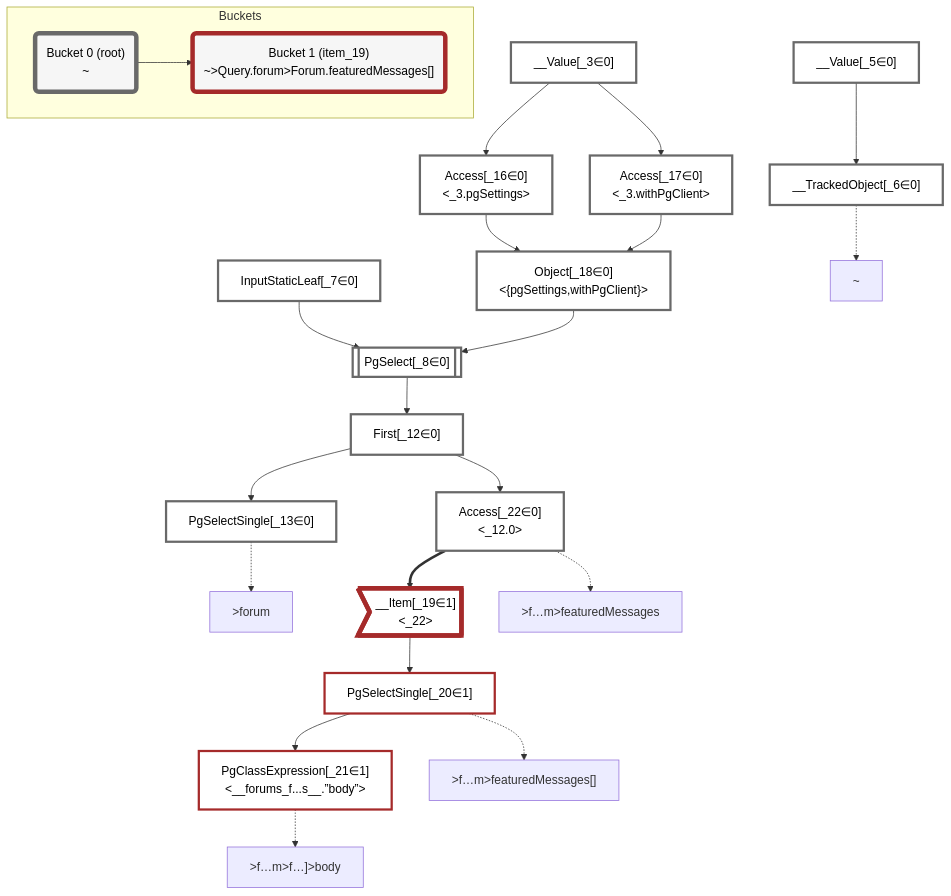
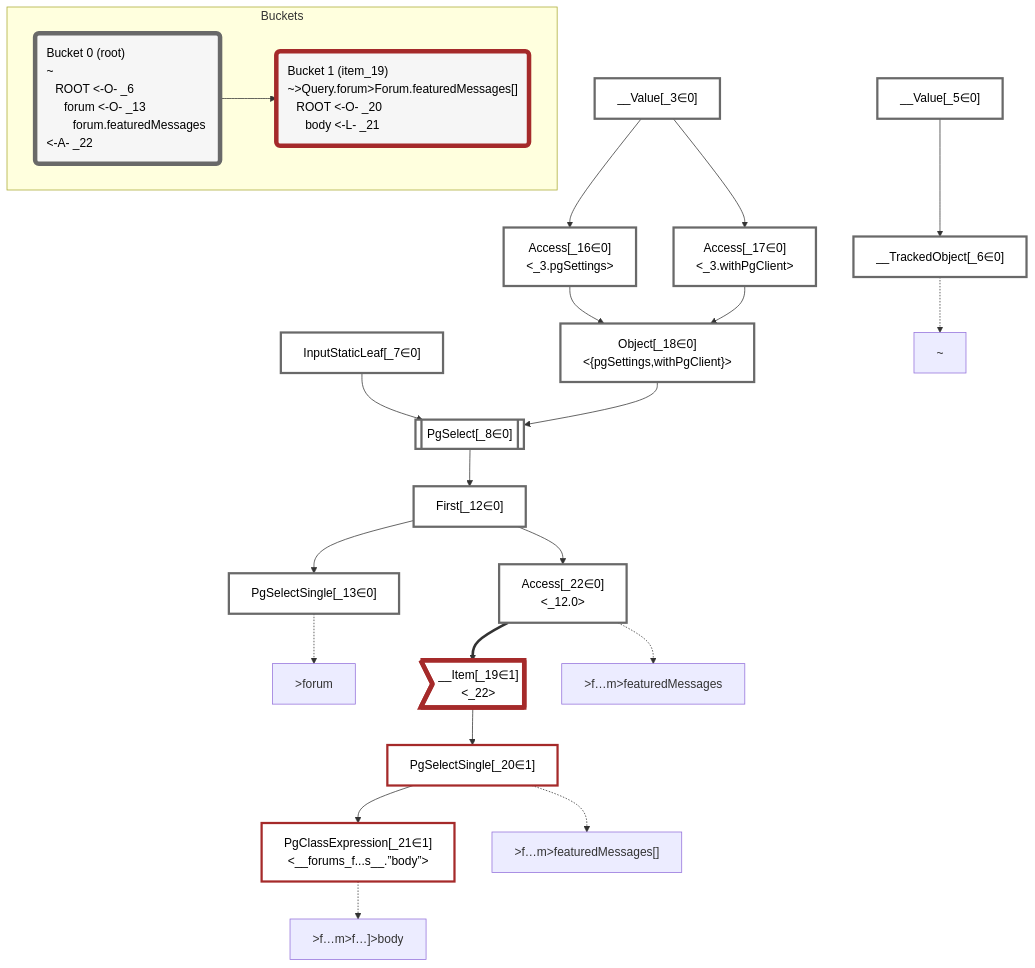
The diagram in packages/dataplan-pg/__tests__/queries/functions/computed-column-setof-message.mermaid.md (graphile/crystal), drawn with Mermaid before and after one commit. The commit also changed 195 other files, not shown here.

````diff
--- a/packages/dataplan-pg/__tests__/queries/functions/computed-column-setof-message.mermaid.md
+++ b/packages/dataplan-pg/__tests__/queries/functions/computed-column-setof-message.mermaid.md
@@ -1,66 +1,66 @@
 ```mermaid
 graph TD
     classDef path fill:#eee,stroke:#000,color:#000
     classDef plan fill:#fff,stroke-width:3px,color:#000
     classDef itemplan fill:#fff,stroke-width:6px,color:#000
     classDef sideeffectplan fill:#f00,stroke-width:6px,color:#000
-    classDef bucket fill:#f6f6f6,color:#000,stroke-width:6px
+    classDef bucket fill:#f6f6f6,color:#000,stroke-width:6px,text-align:left
 
 
     %% define plans
     __Value_3["__Value[_3∈0]<br /><context>"]:::plan
     __Value_5["__Value[_5∈0]<br /><rootValue>"]:::plan
     __TrackedObject_6["__TrackedObject[_6∈0]"]:::plan
     InputStaticLeaf_7["InputStaticLeaf[_7∈0]"]:::plan
     PgSelect_8[["PgSelect[_8∈0]<br /><forums>"]]:::plan
     First_12["First[_12∈0]"]:::plan
     PgSelectSingle_13["PgSelectSingle[_13∈0]<br /><forums>"]:::plan
     Access_16["Access[_16∈0]<br /><_3.pgSettings>"]:::plan
     Access_17["Access[_17∈0]<br /><_3.withPgClient>"]:::plan
     Object_18["Object[_18∈0]<br /><{pgSettings,withPgClient}>"]:::plan
     __Item_19>"__Item[_19∈1]<br /><_22>"]:::itemplan
     PgSelectSingle_20["PgSelectSingle[_20∈1]<br /><forums_featured_messages>"]:::plan
     PgClassExpression_21["PgClassExpression[_21∈1]<br /><__forums_f...s__.”body”>"]:::plan
     Access_22["Access[_22∈0]<br /><_12.0>"]:::plan
 
     %% plan dependencies
     __Value_5 --> __TrackedObject_6
     Object_18 --> PgSelect_8
     InputStaticLeaf_7 --> PgSelect_8
     PgSelect_8 --> First_12
     First_12 --> PgSelectSingle_13
     __Value_3 --> Access_16
     __Value_3 --> Access_17
     Access_16 --> Object_18
     Access_17 --> Object_18
     Access_22 ==> __Item_19
     __Item_19 --> PgSelectSingle_20
     PgSelectSingle_20 --> PgClassExpression_21
     First_12 --> Access_22
 
     %% plan-to-path relationships
     P_6["~"]
     __TrackedObject_6 -.-> P_6
     P_13[">forum"]
     PgSelectSingle_13 -.-> P_13
     P_20[">f…m>featuredMessages[]"]
     PgSelectSingle_20 -.-> P_20
     P_21[">f…m>f…]>body"]
     PgClassExpression_21 -.-> P_21
     P_22[">f…m>featuredMessages"]
     Access_22 -.-> P_22
 
     %% allocate buckets
     classDef bucket0 stroke:#696969
     class __Value_3,__Value_5,__TrackedObject_6,InputStaticLeaf_7,PgSelect_8,First_12,PgSelectSingle_13,Access_16,Access_17,Object_18,Access_22 bucket0
     classDef bucket1 stroke:#a52a2a
     class __Item_19,PgSelectSingle_20,PgClassExpression_21 bucket1
 
     subgraph Buckets
-    Bucket0("Bucket 0 (root)<br />~"):::bucket
+    Bucket0("Bucket 0 (root)<br />~<br />⠀ROOT <-O- _6<br />⠀⠀forum <-O- _13<br />⠀⠀⠀forum.featuredMessages <-A- _22"):::bucket
     style Bucket0 stroke:#696969
-    Bucket1("Bucket 1 (item_19)<br />~>Query.forum>Forum.featuredMessages[]"):::bucket
+    Bucket1("Bucket 1 (item_19)<br />~>Query.forum>Forum.featuredMessages[]<br />⠀ROOT <-O- _20<br />⠀⠀body <-L- _21"):::bucket
     style Bucket1 stroke:#a52a2a
     Bucket0 --> Bucket1
     end
 ```
````
